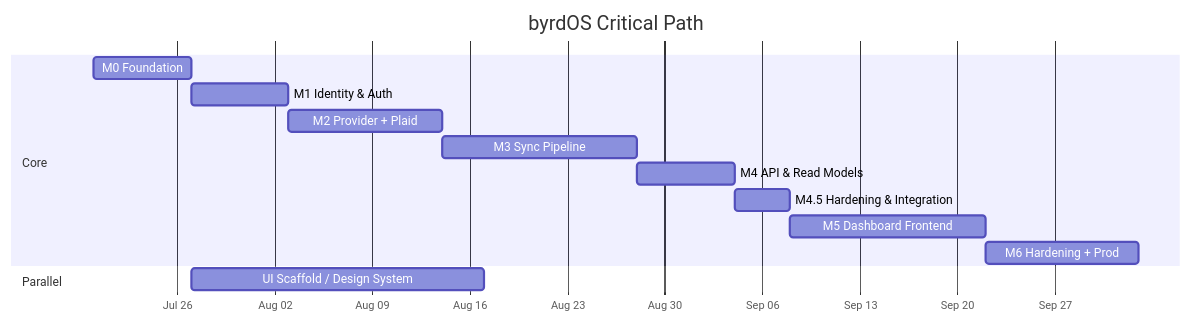
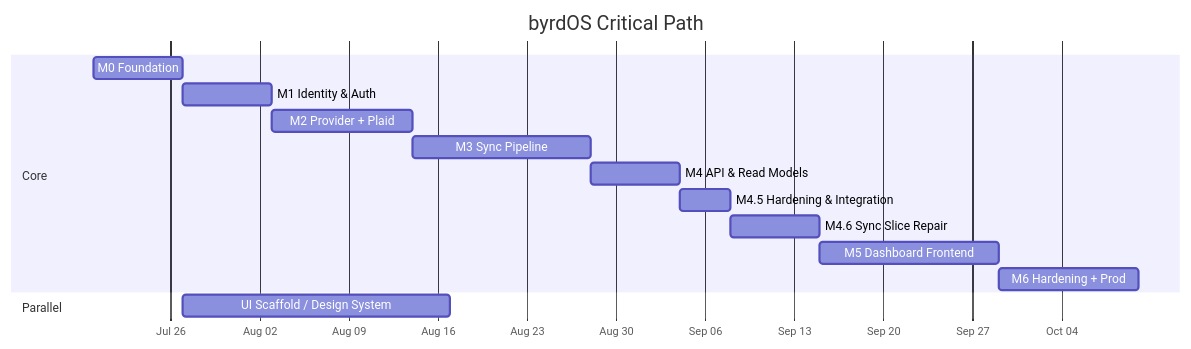
The second of 2 diagrams in docs/roadmap/milestones.md (kylerpbyrd/byrdos), drawn with Mermaid before and after one commit. The commit also changed other lines of this file and 44 other files, not shown here.

First line of the commit message:
feat(m4.6): repair connect->sync->display vertical slice

````diff
--- a/docs/roadmap/milestones.md
+++ b/docs/roadmap/milestones.md
@@ -394,19 +426,20 @@
 ```mermaid
 gantt
     title byrdOS Critical Path
     dateFormat  YYYY-MM-DD
     axisFormat  %b %d
 
     section Core
     M0 Foundation               :m0, 2026-07-20, 7d
     M1 Identity & Auth          :m1, after m0, 7d
     M2 Provider + Plaid         :m2, after m1, 11d
     M3 Sync Pipeline            :m3, after m2, 14d
     M4 API & Read Models        :m4, after m3, 7d
     M4.5 Hardening & Integration :m4p5, after m4, 4d
-    M5 Dashboard Frontend       :m5, after m4p5, 14d
+    M4.6 Sync Slice Repair      :m4p6, after m4p5, 7d
+    M5 Dashboard Frontend       :m5, after m4p6, 14d
     M6 Hardening + Prod         :m6, after m5, 11d
 
     section Parallel
     UI Scaffold / Design System :ui, after m0, 21d
 ```
````
